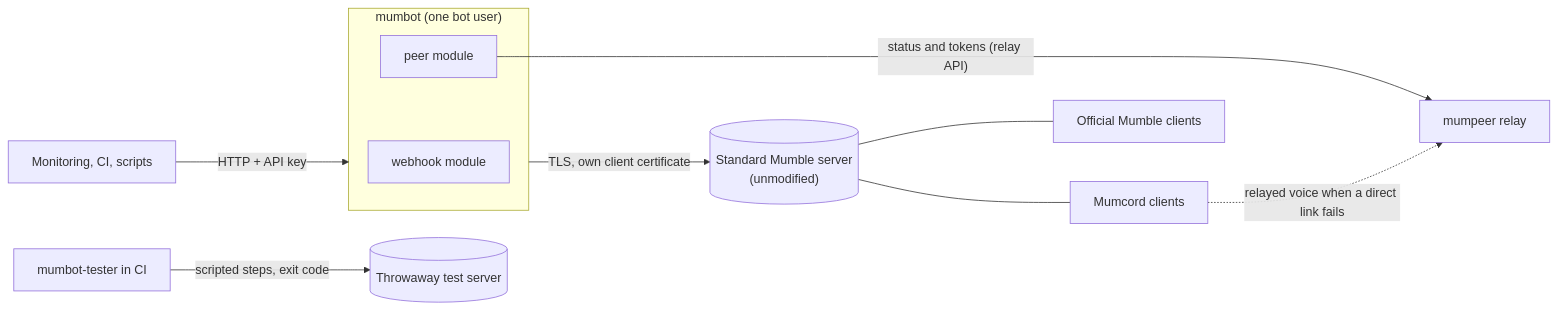
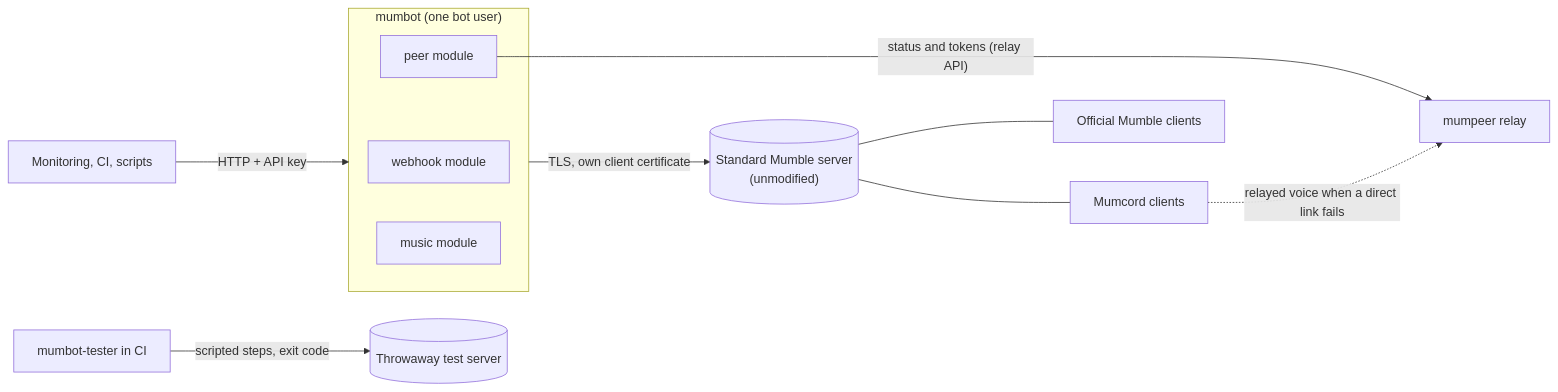
The diagram in README.md (Mumcord/mumbot), drawn with Mermaid before and after one commit. The commit also changed other lines of this file and 14 other files, not shown here.

Commit message:
docs: document the music module and add a compose example

````diff
--- a/README.md
+++ b/README.md
@@ -49,14 +49,15 @@
 ```mermaid
 flowchart LR
     ci["Monitoring, CI, scripts"] -- "HTTP + API key" --> bot
     subgraph bot ["mumbot (one bot user)"]
         webhook["webhook module"]
         peer["peer module"]
+        music["music module"]
     end
     bot -- "TLS, own client certificate" --> server[("Standard Mumble server<br/>(unmodified)")]
     peer -- "status and tokens (relay API)" --> relay["mumpeer relay"]
     server --- mumcord["Mumcord clients"]
     server --- mumble["Official Mumble clients"]
     mumcord -. "relayed voice when a direct link fails" .-> relay
     tester["mumbot-tester in CI"] -- "scripted steps, exit code" --> testsrv[("Throwaway test server")]
 ```
````
